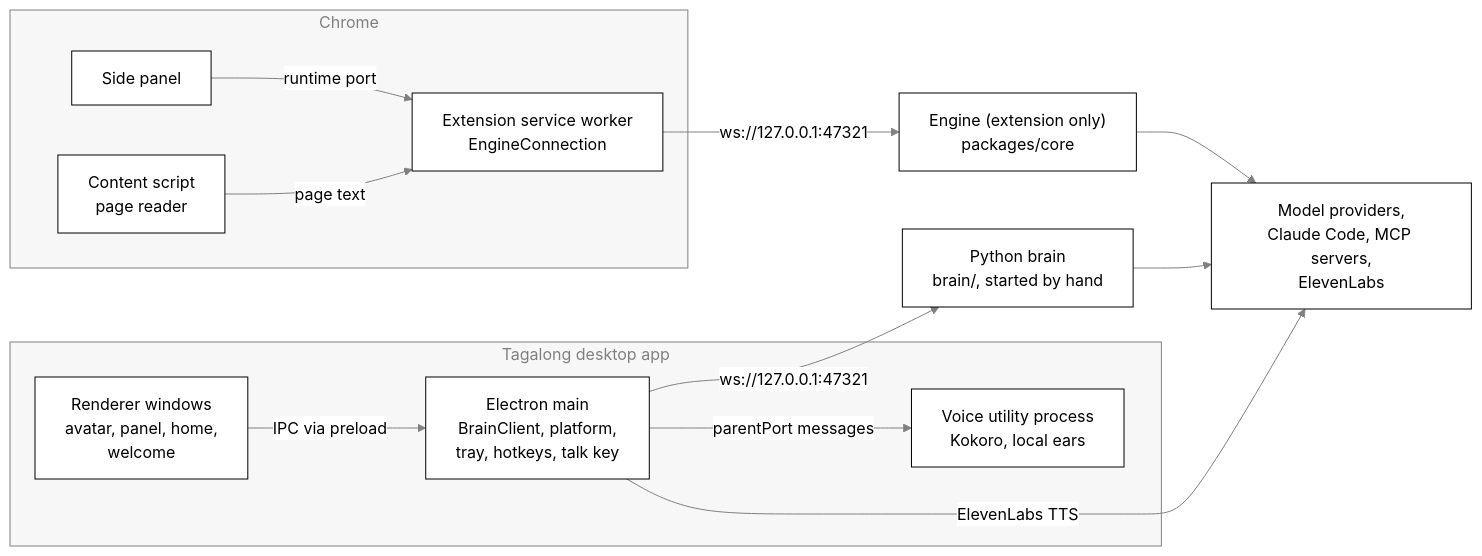
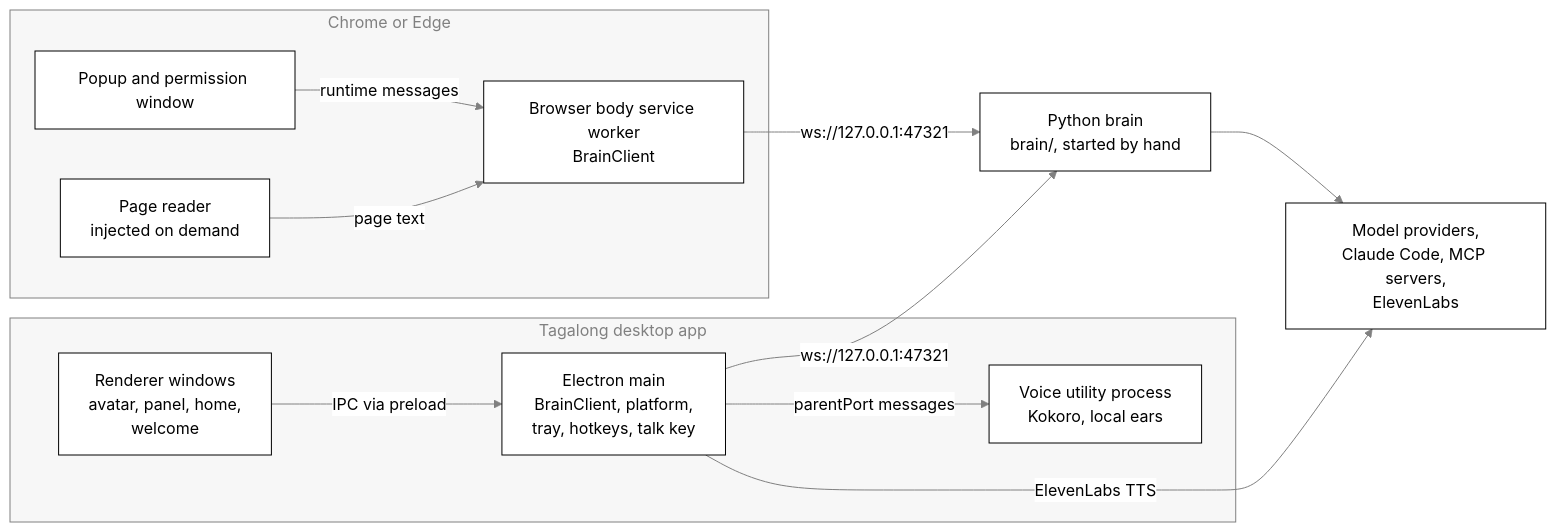
One commit to nadeem4/tagalong changed the first of 4 diagrams in docs/architecture.md. Above: the diagram before and after it, drawn with Mermaid. The commit also changed other lines of this file and 151 other files, not shown here.

First line of the commit message:
feat(browser): the browser as a body on the brain (12a) (#202)

````diff
--- a/docs/architecture.md
+++ b/docs/architecture.md
@@ -28,26 +29,24 @@
 ```mermaid
 %%{init: {"theme": "base", "themeVariables": {"primaryColor": "#ffffff", "primaryTextColor": "#000000", "primaryBorderColor": "#000000", "lineColor": "#808080", "secondaryColor": "#f2f2f2", "tertiaryColor": "#ffffff", "clusterBkg": "#f7f7f7", "clusterBorder": "#808080", "edgeLabelBackground": "#ffffff", "titleColor": "#808080", "fontFamily": "Segoe UI, Helvetica, Arial, sans-serif"}}}%%
 flowchart LR
   subgraph Electron["Tagalong desktop app"]
     R["Renderer windows<br>avatar, panel, home,<br>welcome"]
     M["Electron main<br>BrainClient, platform,<br>tray, hotkeys, talk key"]
     V["Voice utility process<br>Kokoro, local ears"]
   end
-  subgraph Chrome["Chrome"]
-    SW["Extension service worker<br>EngineConnection"]
-    SP["Side panel"]
-    CS["Content script<br>page reader"]
+  subgraph Chrome["Chrome or Edge"]
+    SW["Browser body service worker<br>BrainClient"]
+    PU["Popup and permission window"]
+    CS["Page reader<br>injected on demand"]
   end
   P["Python brain<br>brain/, started by hand"]
-  E["Engine (extension only)<br>packages/core"]
   X["Model providers,<br>Claude Code, MCP servers,<br>ElevenLabs"]
   R -- "IPC via preload" --> M
   M -- "ws://127.0.0.1:47321" --> P
   M -- "parentPort messages" --> V
-  SW -- "ws://127.0.0.1:47321" --> E
-  SP -- "runtime port" --> SW
+  SW -- "ws://127.0.0.1:47321" --> P
+  PU -- "runtime messages" --> SW
   CS -- "page text" --> SW
-  E --> X
   P --> X
   M -- "ElevenLabs TTS" --> X
 ```
````
